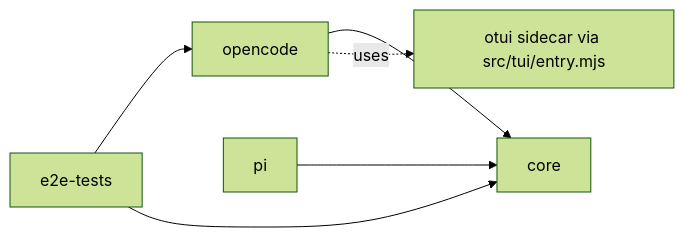
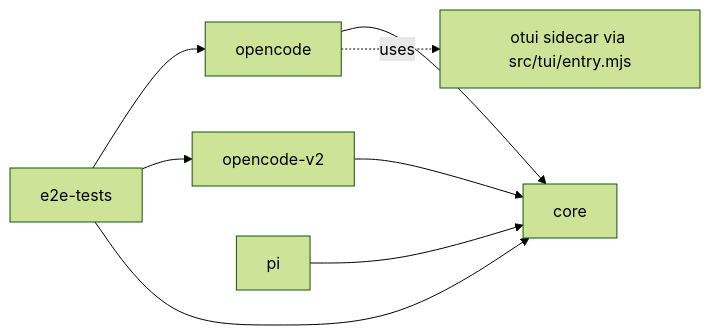
The first of 10 diagrams in ARCHITECTURE.md (Tomauskasz/antigravity-auth), drawn with Mermaid (forest theme) before and after one commit. The commit also changed other lines of this file and 30 other files, not shown here.

````diff
--- a/ARCHITECTURE.md
+++ b/ARCHITECTURE.md
@@ -36,8 +37,10 @@
 ```mermaid
 graph LR
   OA[opencode] --> Core[core]
+  OAV2[opencode-v2] --> Core
   PI[pi] --> Core
   OA -. uses .-> SRP[otui sidecar via src/tui/entry.mjs]
   E2E[e2e-tests] --> OA
+  E2E --> OAV2
   E2E --> Core
 ```
````
